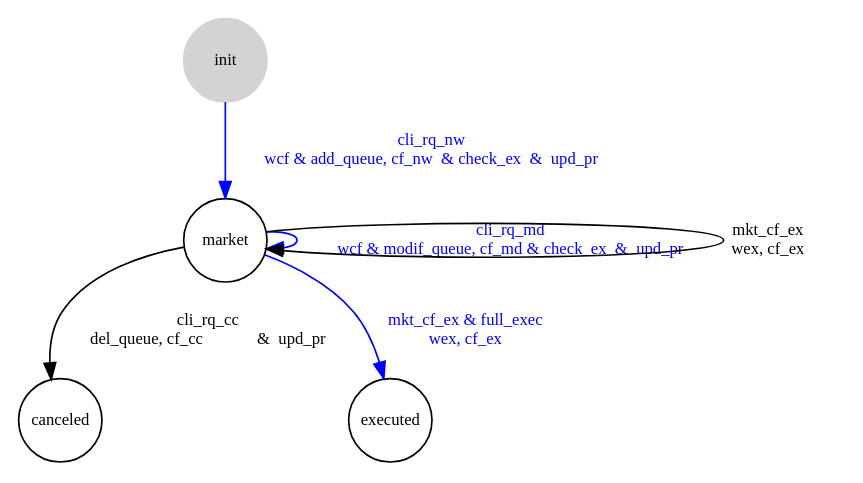
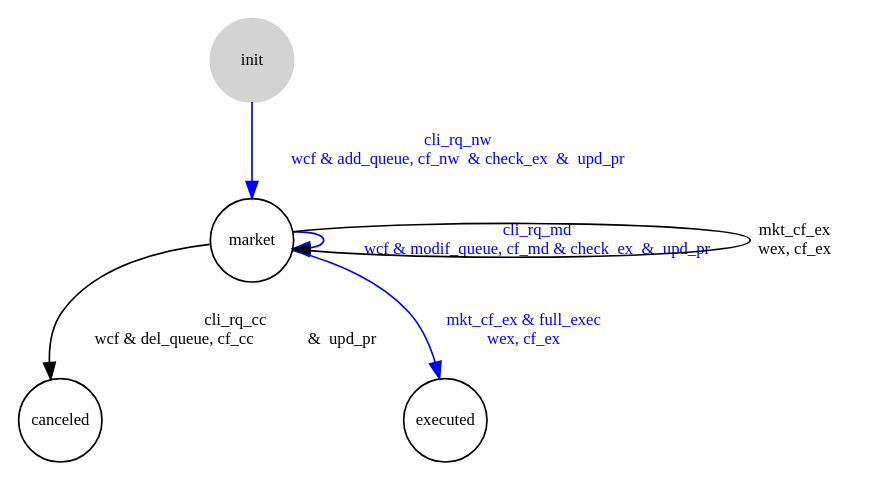
Before and after one commit to jleahred/maiquel-toolkit-cpp: the diagram in examples/prj_make/emarket/src/ord_ls.dot, drawn with Graphviz. The commit also changed 3 other files, not shown here.

```diff
--- a/examples/prj_make/emarket/src/ord_ls.dot
+++ b/examples/prj_make/emarket/src/ord_ls.dot
@@ -1,13 +1,13 @@
 digraph automata {
     node [shape = circle, fontsize=10, fixedsize=true width=0.7];
     init [ style = filled, color=lightgrey ];
 
         init  ->  market  [ label = "cli_rq_nw\nwcf & add_queue, cf_nw  & check_ex  &  upd_pr", color=blue, fontcolor=blue, fontsize=10, fixedsize=true ];
     market  ->  market  [ label = "cli_rq_md\nwcf & modif_queue, cf_md & check_ex  &  upd_pr", color=blue, fontcolor=blue, fontsize=10, fixedsize=true ];
-    market  ->  canceled  [ label = "cli_rq_cc\ndel_queue, cf_cc             &  upd_pr", color=black, fontcolor=black, fontsize=10, fixedsize=true ];
+    market  ->  canceled  [ label = "cli_rq_cc\nwcf & del_queue, cf_cc             &  upd_pr", color=black, fontcolor=black, fontsize=10, fixedsize=true ];
     market  ->  executed  [ label = "mkt_cf_ex & full_exec\nwex, cf_ex", color=blue, fontcolor=blue, fontsize=10, fixedsize=true ];
     market  ->  market  [ label = "mkt_cf_ex\nwex, cf_ex", color=black, fontcolor=black, fontsize=10, fixedsize=true ];
  
 
     //ord_ls  [ shape = plaintext ];
 }
```
